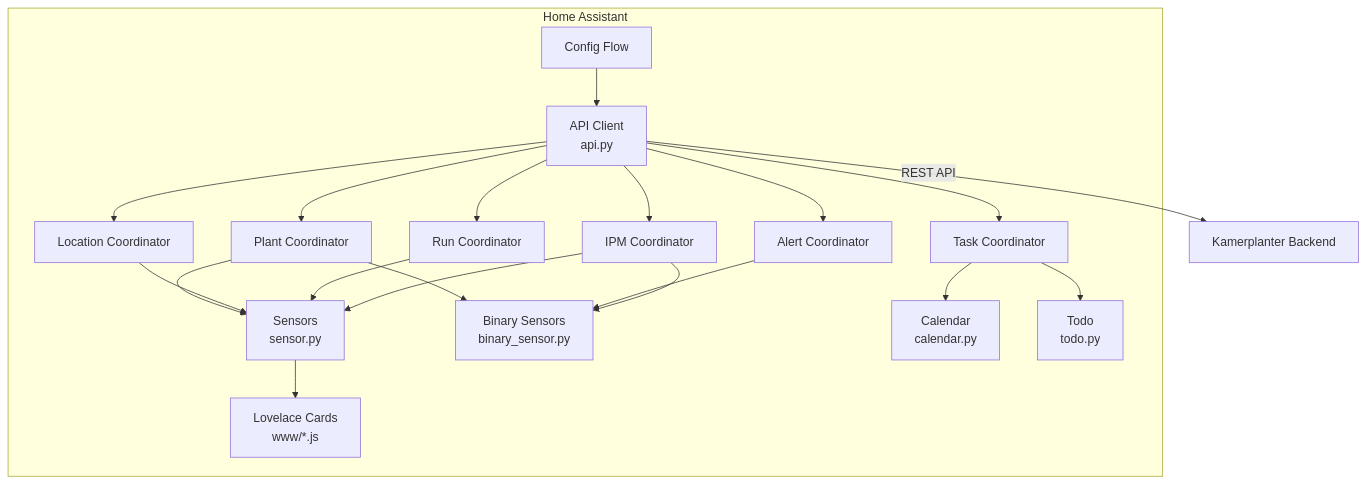
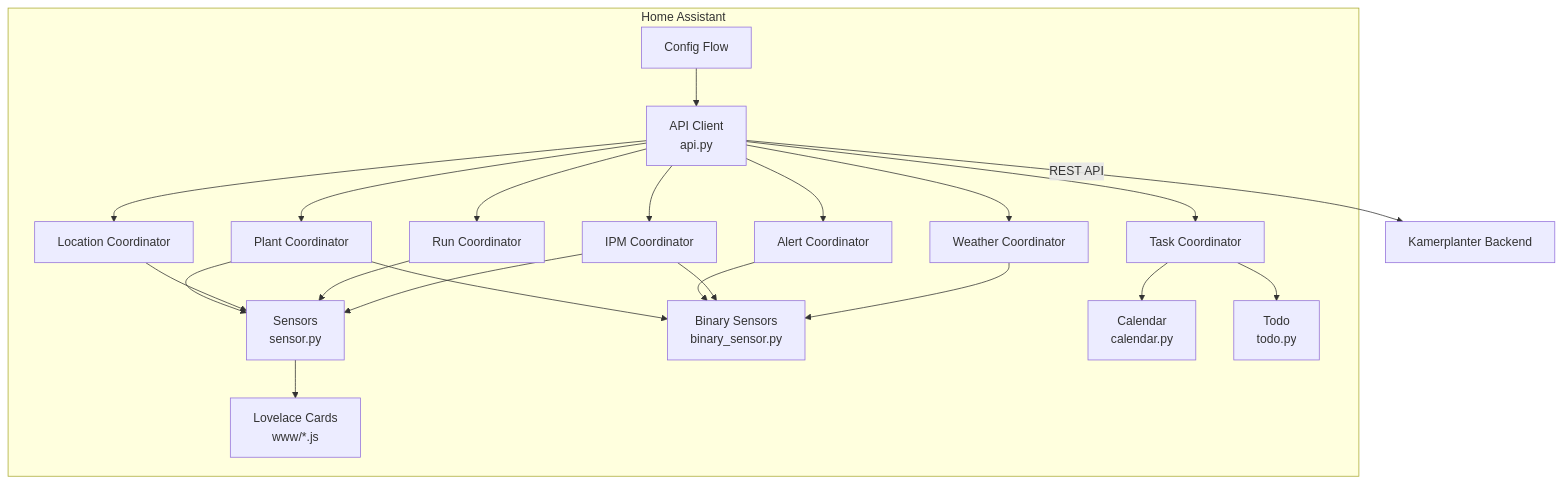
One commit to nolte/kamerplanter-ha changed the diagram in docs/de/development/architecture.md. Above: the diagram before and after it, drawn with Mermaid. The commit also changed other lines of this file and 17 other files, not shown here.

````diff
--- a/docs/de/development/architecture.md
+++ b/docs/de/development/architecture.md
@@ -13,23 +13,25 @@
 ```mermaid
 flowchart TB
     subgraph HA["Home Assistant"]
         CF["Config Flow"] --> API["API Client\napi.py"]
         API --> C1["Plant Coordinator"]
         API --> C2["Location Coordinator"]
         API --> C3["Run Coordinator"]
         API --> C4["Alert Coordinator"]
         API --> C5["Task Coordinator"]
         API --> C6["IPM Coordinator"]
+        API --> C7["Weather Coordinator"]
         C1 --> S["Sensors\nsensor.py"]
         C1 --> BS["Binary Sensors\nbinary_sensor.py"]
         C2 --> S
         C3 --> S
         C4 --> BS
         C6 --> S
         C6 --> BS
+        C7 --> BS
         C5 --> CAL["Calendar\ncalendar.py"]
         C5 --> TODO["Todo\ntodo.py"]
         S --> CARDS["Lovelace Cards\nwww/*.js"]
     end
     API -->|REST API| KP["Kamerplanter Backend"]
 ```
````
